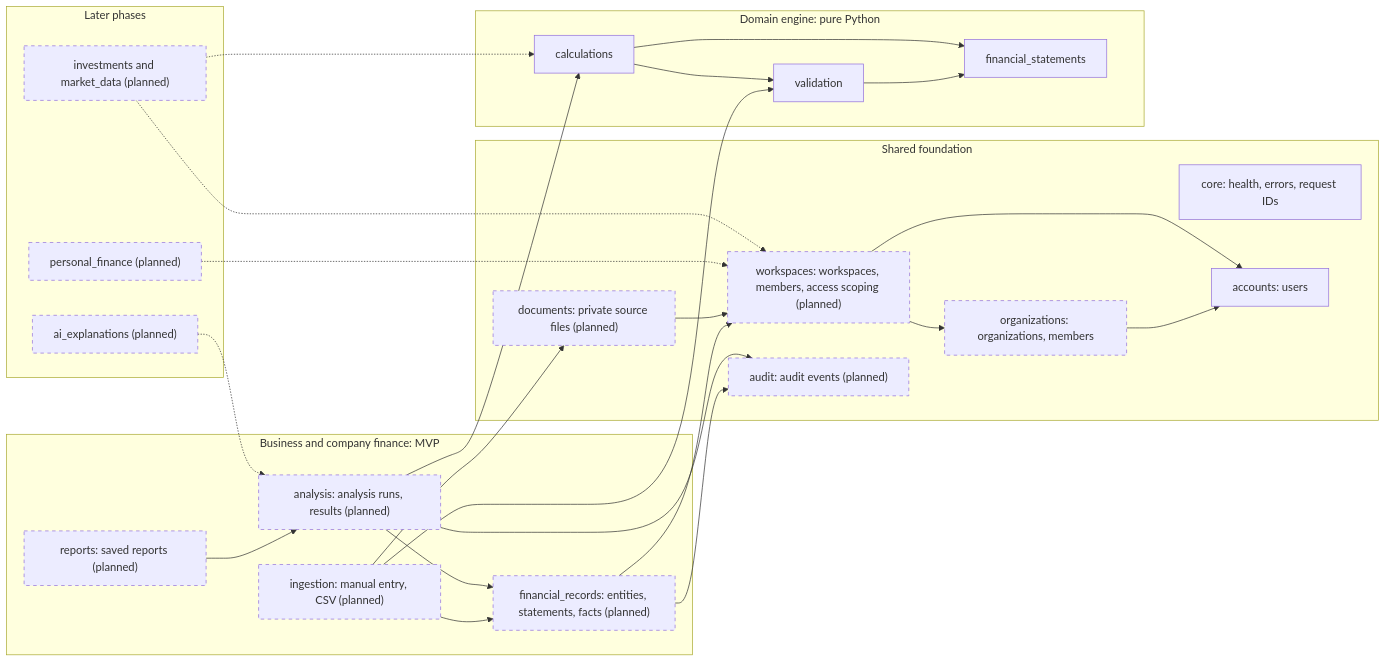
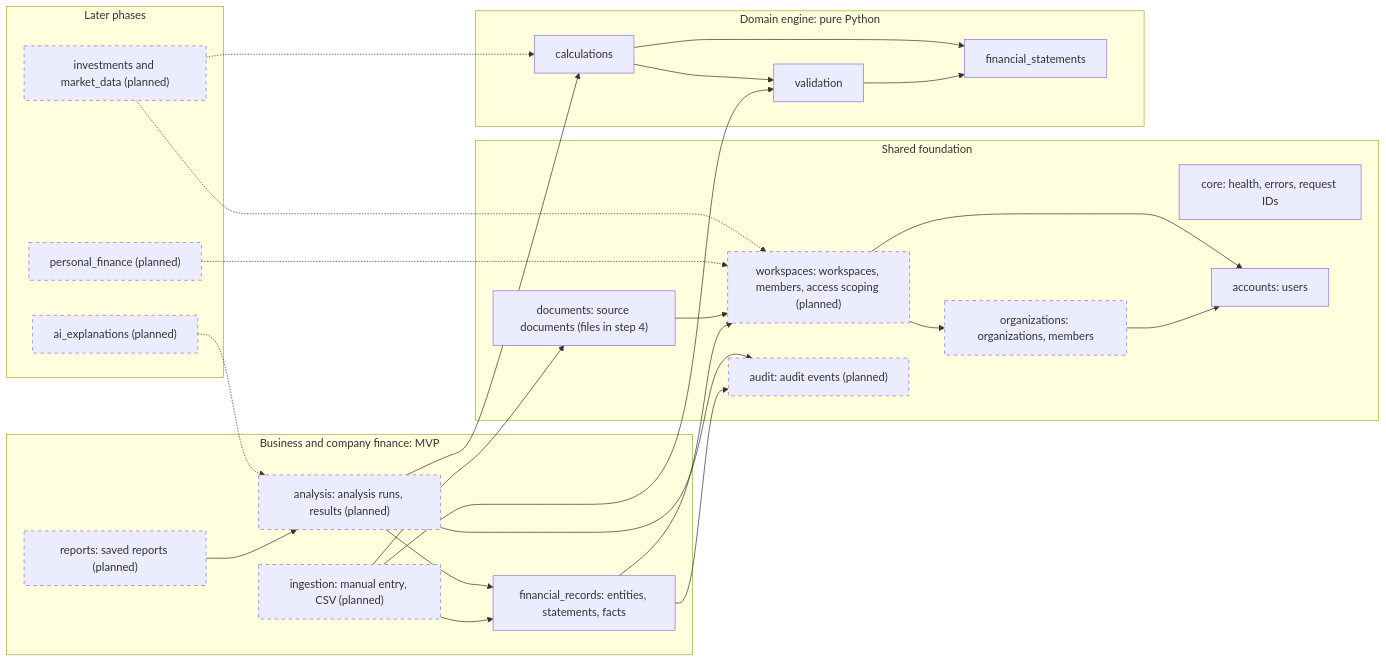
Before and after one commit to Kiritiaajd/Finlume: the diagram in docs/architecture/DOMAIN_BOUNDARIES.md, drawn with Mermaid. The commit also changed other lines of this file and 29 other files, not shown here.

Commit message:
feat(financial-records): add statement persistence models

````diff
--- a/docs/architecture/DOMAIN_BOUNDARIES.md
+++ b/docs/architecture/DOMAIN_BOUNDARIES.md
@@ -46,54 +46,54 @@
 ```mermaid
 flowchart LR
     subgraph shared["Shared foundation"]
         core["core: health, errors, request IDs"]
         accounts["accounts: users"]
         orgs["organizations: organizations, members"]
         workspaces["workspaces: workspaces, members, access scoping (planned)"]
         audit["audit: audit events (planned)"]
-        documents["documents: private source files (planned)"]
+        documents["documents: source documents (files in step 4)"]
     end
 
     subgraph business["Business and company finance: MVP"]
-        records["financial_records: entities, statements, facts (planned)"]
+        records["financial_records: entities, statements, facts"]
         ingestion["ingestion: manual entry, CSV (planned)"]
         analysis["analysis: analysis runs, results (planned)"]
         reports["reports: saved reports (planned)"]
     end
 
     subgraph future["Later phases"]
         personal["personal_finance (planned)"]
         investments["investments and market_data (planned)"]
         ai["ai_explanations (planned)"]
     end
 
     subgraph engine["Domain engine: pure Python"]
         fs["financial_statements"]
         validation["validation"]
         calculations["calculations"]
     end
 
     orgs --> accounts
     workspaces --> orgs
     workspaces --> accounts
     records --> workspaces
     documents --> workspaces
     ingestion --> records
     ingestion --> documents
     ingestion --> validation
     analysis --> records
     analysis --> calculations
     reports --> analysis
     records --> audit
     analysis --> audit
     validation --> fs
     calculations --> validation
     calculations --> fs
     personal -.-> workspaces
     investments -.-> workspaces
     investments -.-> calculations
     ai -.-> analysis
 
     classDef planned stroke-dasharray: 5 5
-    class orgs,workspaces,audit,documents,records,ingestion,analysis,reports,personal,investments,ai planned
+    class orgs,workspaces,audit,ingestion,analysis,reports,personal,investments,ai planned
 ```
````
